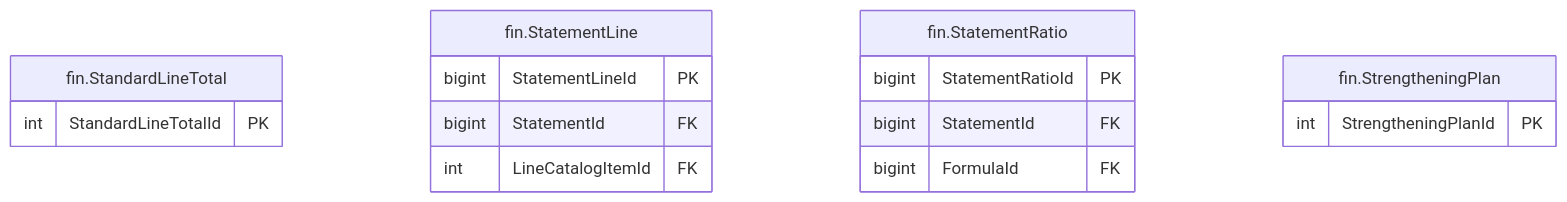
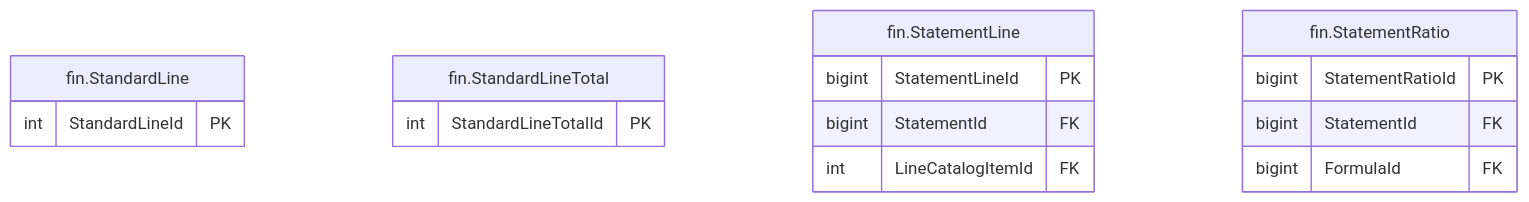
Before and after one commit to thawrasy/smartlines: the diagram in treasury-platform/docs/diagrams/erd/m5_financials_12.mmd, drawn with Mermaid. The commit also changed 194 other files, not shown here.

```diff
--- a/treasury-platform/docs/diagrams/erd/m5_financials_12.mmd
+++ b/treasury-platform/docs/diagrams/erd/m5_financials_12.mmd
@@ -1,18 +1,18 @@
 %% م5 · البيانات المالية والأرصدة (12/13) — Financial statements & balances
 erDiagram
+  fin_StandardLine["fin.StandardLine"] {
+    int StandardLineId PK
+  }
   fin_StandardLineTotal["fin.StandardLineTotal"] {
     int StandardLineTotalId PK
   }
   fin_StatementLine["fin.StatementLine"] {
     bigint StatementLineId PK
     bigint StatementId FK
     int LineCatalogItemId FK
   }
   fin_StatementRatio["fin.StatementRatio"] {
     bigint StatementRatioId PK
     bigint StatementId FK
     bigint FormulaId FK
   }
-  fin_StrengtheningPlan["fin.StrengtheningPlan"] {
-    int StrengtheningPlanId PK
-  }
```
